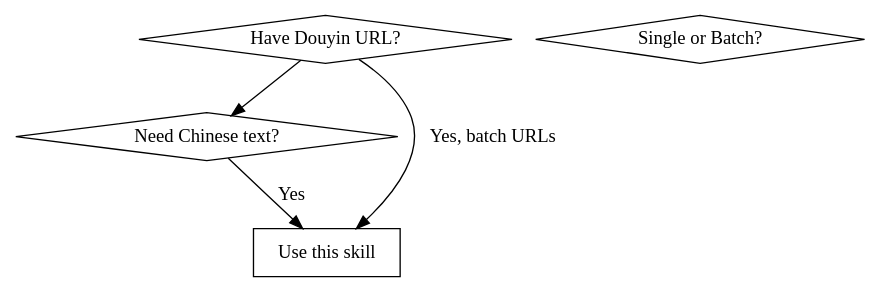
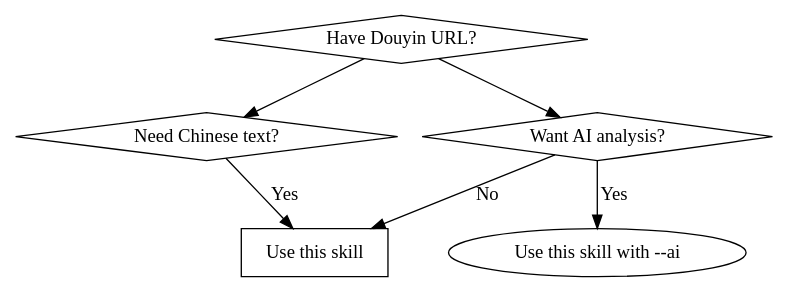
The diagram in skills/douyin-transcribe/SKILL.md (longerian/longerian-skills), drawn with Graphviz before and after one commit. The commit also changed other lines of this file and 1 other file, not shown here.

First line of the commit message:
feat(douyin-transcribe): add AI-powered report generation with --ai flag

````diff
--- a/skills/douyin-transcribe/SKILL.md
+++ b/skills/douyin-transcribe/SKILL.md
@@ -15,12 +15,14 @@
 ```dot
 digraph when_douyin {
     "Have Douyin URL?" [shape=diamond];
     "Need Chinese text?" [shape=diamond];
-    "Single or Batch?" [shape=diamond];
+    "Want AI analysis?" [shape=diamond];
     "Use this skill" [shape=box];
 
     "Have Douyin URL?" -> "Need Chinese text?";
     "Need Chinese text?" -> "Use this skill" [label="Yes"];
-    "Have Douyin URL?" -> "Use this skill" [label="Yes, batch URLs"];
+    "Have Douyin URL?" -> "Want AI analysis?";
+    "Want AI analysis?" -> "Use this skill with --ai" [label="Yes"];
+    "Want AI analysis?" -> "Use this skill" [label="No"];
 }
 ```
````
